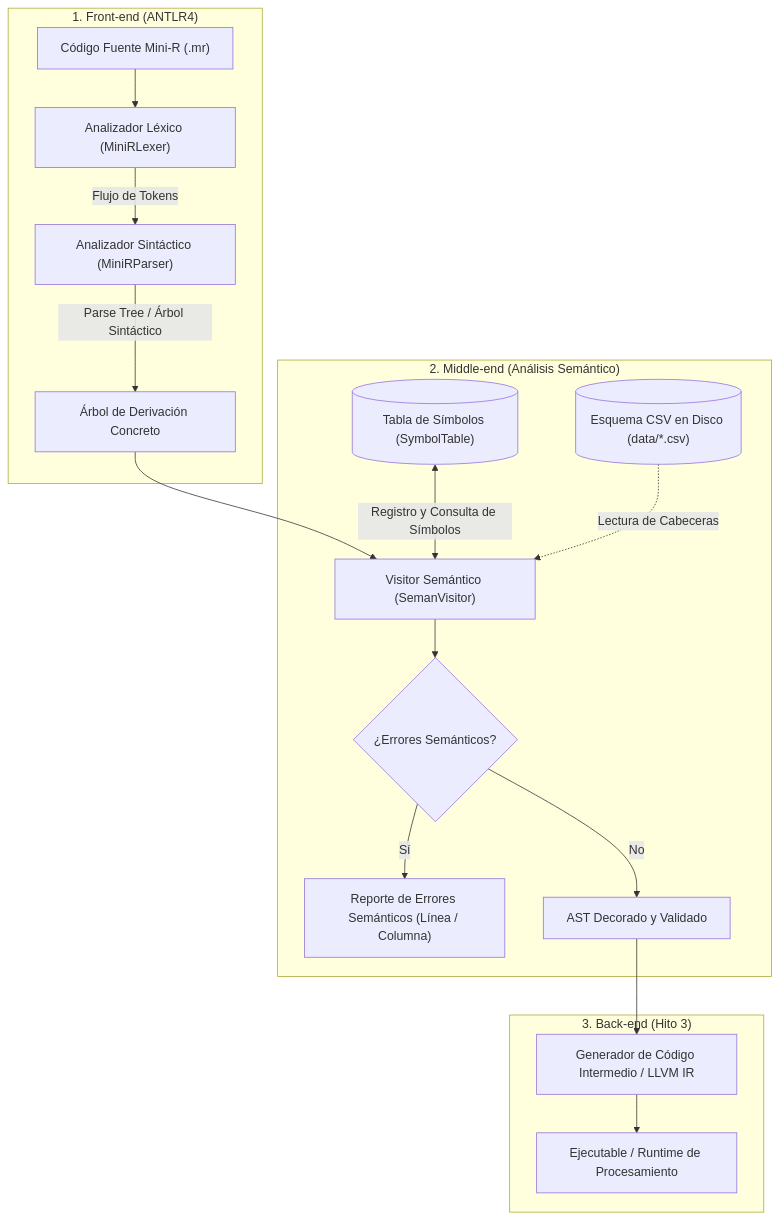
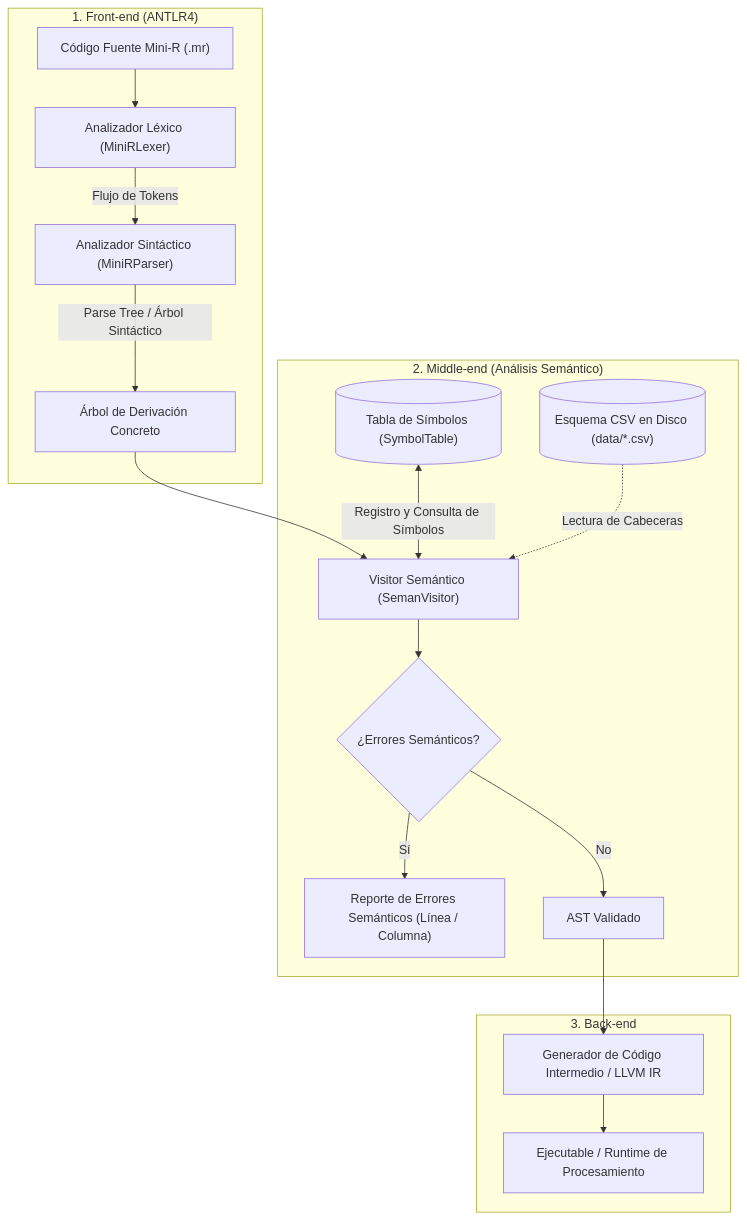
One commit to thepierotitii/compilador-mini-r changed the first of 2 diagrams in docs/arquitectura_compilador.md. Above: the diagram before and after it, drawn with Mermaid. The commit also changed other lines of this file and 1 other file, not shown here.

Commit message:
docs: actualizar README y arquitectura con especificaciones del Hito 2

````diff
--- a/docs/arquitectura_compilador.md
+++ b/docs/arquitectura_compilador.md
@@ -13,22 +13,22 @@
 ```mermaid
 flowchart TD
     subgraph FRONTEND ["1. Front-end (ANTLR4)"]
         A["Código Fuente Mini-R (.mr)"] --> B["Analizador Léxico (MiniRLexer)"]
         B -->|Flujo de Tokens| C["Analizador Sintáctico (MiniRParser)"]
         C -->|Parse Tree / Árbol Sintáctico| D["Árbol de Derivación Concreto"]
     end
 
     subgraph MIDDLEEND ["2. Middle-end (Análisis Semántico)"]
         D --> E["Visitor Semántico (SemanVisitor)"]
         F[("Tabla de Símbolos (SymbolTable)")] <-->|Registro y Consulta de Símbolos| E
         G[("Esquema CSV en Disco (data/*.csv)")] -.->|Lectura de Cabeceras| E
         E --> H{"¿Errores Semánticos?"}
         H -->|Sí| I["Reporte de Errores Semánticos (Línea / Columna)"]
-        H -->|No| J["AST Decorado y Validado"]
+        H -->|No| J["AST Validado"]
     end
 
-    subgraph BACKEND ["3. Back-end (Hito 3)"]
+    subgraph BACKEND ["3. Back-end"]
         J --> K["Generador de Código Intermedio / LLVM IR"]
         K --> L["Ejecutable / Runtime de Procesamiento"]
     end
 ```
````
